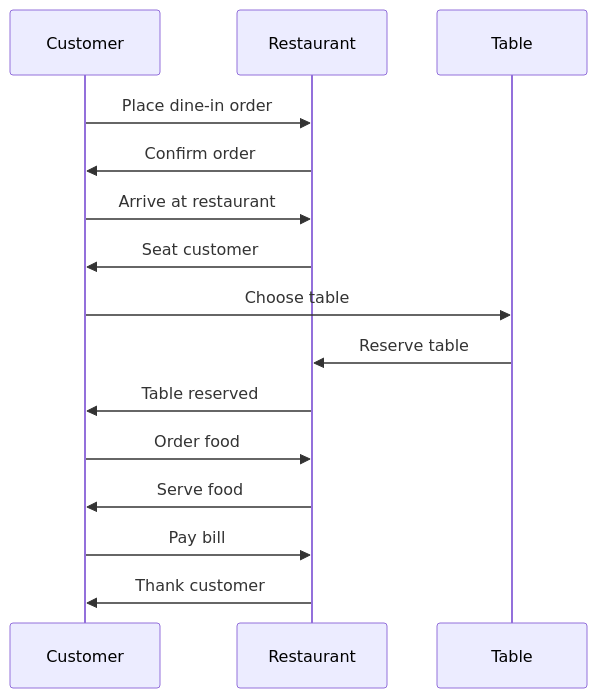
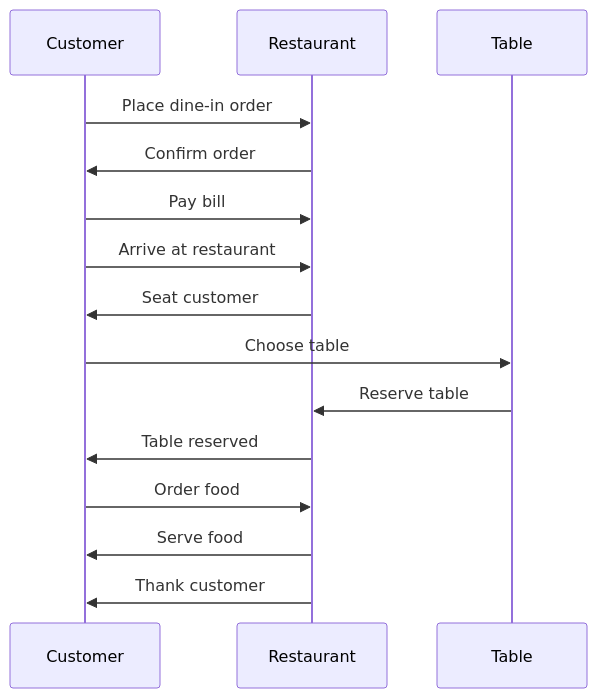
One commit to Harsh98992/digitalMenu changed the fifth of 11 diagrams in handbook/handbook.md. Above: the diagram before and after it, drawn with Mermaid. The commit also changed other lines of this file and 2 other files, not shown here.

Commit message:
add diagram markdown file and update markdownlint configuration

````diff
--- a/handbook/handbook.md
+++ b/handbook/handbook.md
@@ -489,18 +488,18 @@
 ```mermaid
 sequenceDiagram
     participant Customer
     participant Restaurant
     participant Table
 
     Customer->>Restaurant: Place dine-in order
     Restaurant->>Customer: Confirm order
+    Customer->>Restaurant: Pay bill
     Customer->>Restaurant: Arrive at restaurant
     Restaurant->>Customer: Seat customer
     Customer->>Table: Choose table
     Table->>Restaurant: Reserve table
     Restaurant->>Customer: Table reserved
     Customer->>Restaurant: Order food
     Restaurant->>Customer: Serve food
-    Customer->>Restaurant: Pay bill
     Restaurant->>Customer: Thank customer
 ```
````
